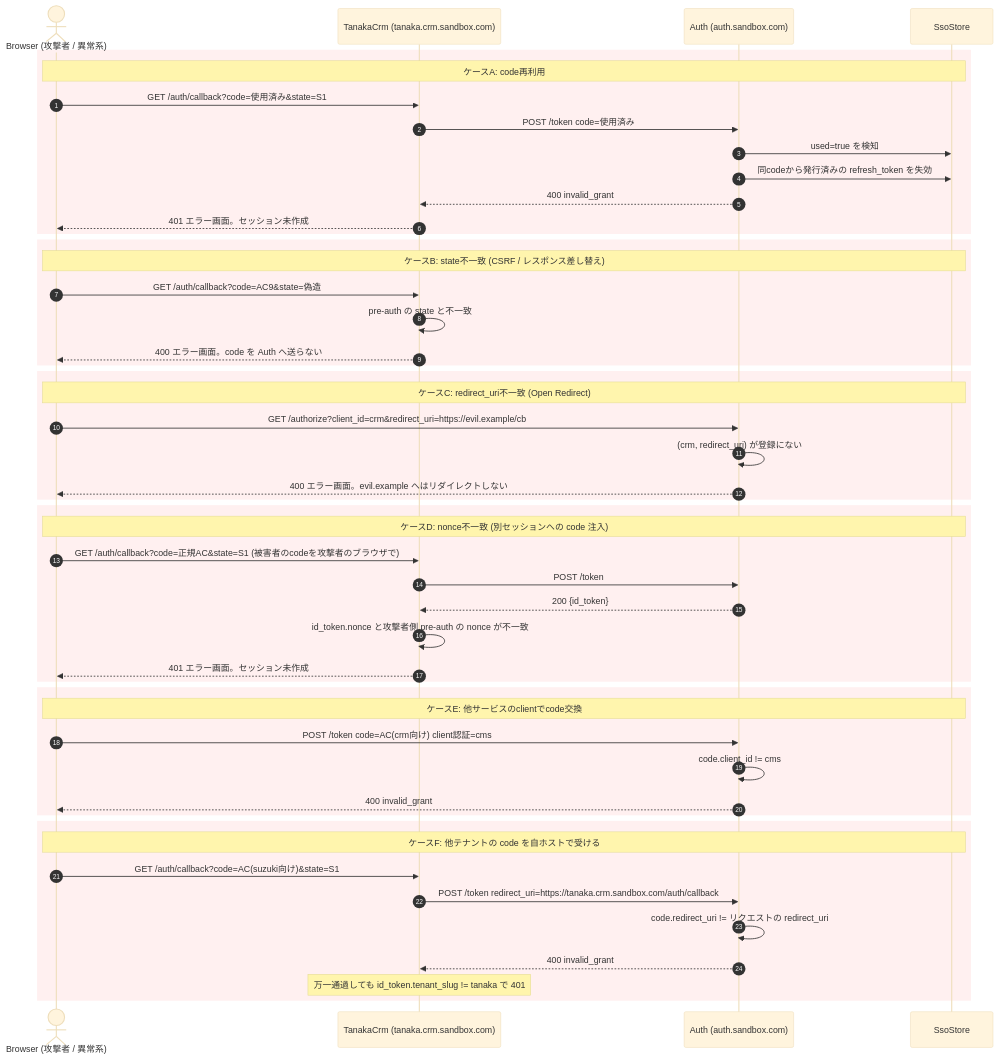
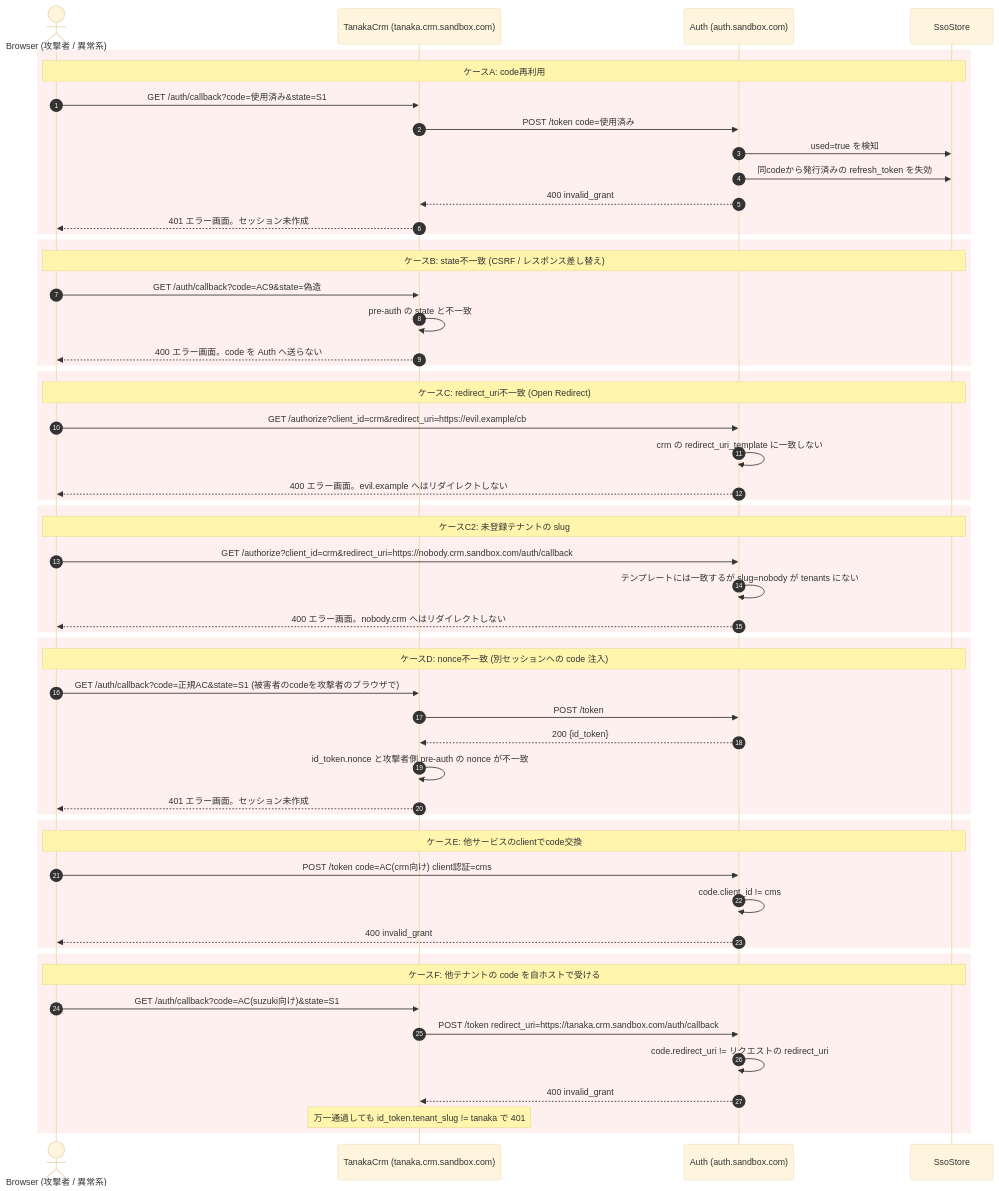
One commit to daisuke-tanabe/multi-domain-sandbox changed diagram 15 of 15 in docs/design/02-auth-sequences.md. Above: the diagram before and after it, drawn with Mermaid (base theme). The commit also changed other lines of this file and 120 other files, not shown here.

````diff
--- a/docs/design/02-auth-sequences.md
+++ b/docs/design/02-auth-sequences.md
@@ -485,57 +489,64 @@
 ```mermaid
 sequenceDiagram
     autonumber
     actor Attacker as Browser (攻撃者 / 異常系)
     participant TanakaCrm as TanakaCrm (tanaka.crm.sandbox.com)
     participant Auth as Auth (auth.sandbox.com)
     participant SsoStore
 
     rect rgb(255, 240, 240)
     Note over Attacker,SsoStore: ケースA: code再利用
     Attacker->>TanakaCrm: GET /auth/callback?code=使用済み&state=S1
     TanakaCrm->>Auth: POST /token code=使用済み
     Auth->>SsoStore: used=true を検知
     Auth->>SsoStore: 同codeから発行済みの refresh_token を失効
     Auth-->>TanakaCrm: 400 invalid_grant
     TanakaCrm-->>Attacker: 401 エラー画面。セッション未作成
     end
 
     rect rgb(255, 240, 240)
     Note over Attacker,SsoStore: ケースB: state不一致 (CSRF / レスポンス差し替え)
     Attacker->>TanakaCrm: GET /auth/callback?code=AC9&state=偽造
     TanakaCrm->>TanakaCrm: pre-auth の state と不一致
     TanakaCrm-->>Attacker: 400 エラー画面。code を Auth へ送らない
     end
 
     rect rgb(255, 240, 240)
     Note over Attacker,SsoStore: ケースC: redirect_uri不一致 (Open Redirect)
     Attacker->>Auth: GET /authorize?client_id=crm&redirect_uri=https://evil.example/cb
-    Auth->>Auth: (crm, redirect_uri) が登録にない
+    Auth->>Auth: crm の redirect_uri_template に一致しない
     Auth-->>Attacker: 400 エラー画面。evil.example へはリダイレクトしない
+    end
+
+    rect rgb(255, 240, 240)
+    Note over Attacker,SsoStore: ケースC2: 未登録テナントの slug
+    Attacker->>Auth: GET /authorize?client_id=crm&redirect_uri=https://nobody.crm.sandbox.com/auth/callback
+    Auth->>Auth: テンプレートには一致するが slug=nobody が tenants にない
+    Auth-->>Attacker: 400 エラー画面。nobody.crm へはリダイレクトしない
     end
 
     rect rgb(255, 240, 240)
     Note over Attacker,SsoStore: ケースD: nonce不一致 (別セッションへの code 注入)
     Attacker->>TanakaCrm: GET /auth/callback?code=正規AC&state=S1 (被害者のcodeを攻撃者のブラウザで)
     TanakaCrm->>Auth: POST /token
     Auth-->>TanakaCrm: 200 {id_token}
     TanakaCrm->>TanakaCrm: id_token.nonce と攻撃者側 pre-auth の nonce が不一致
     TanakaCrm-->>Attacker: 401 エラー画面。セッション未作成
     end
 
     rect rgb(255, 240, 240)
     Note over Attacker,SsoStore: ケースE: 他サービスのclientでcode交換
     Attacker->>Auth: POST /token code=AC(crm向け) client認証=cms
     Auth->>Auth: code.client_id != cms
     Auth-->>Attacker: 400 invalid_grant
     end
 
     rect rgb(255, 240, 240)
     Note over Attacker,SsoStore: ケースF: 他テナントの code を自ホストで受ける
     Attacker->>TanakaCrm: GET /auth/callback?code=AC(suzuki向け)&state=S1
     TanakaCrm->>Auth: POST /token redirect_uri=https://tanaka.crm.sandbox.com/auth/callback
     Auth->>Auth: code.redirect_uri != リクエストの redirect_uri
     Auth-->>TanakaCrm: 400 invalid_grant
     Note over TanakaCrm: 万一通過しても id_token.tenant_slug != tanaka で 401
     end
 ```
````
